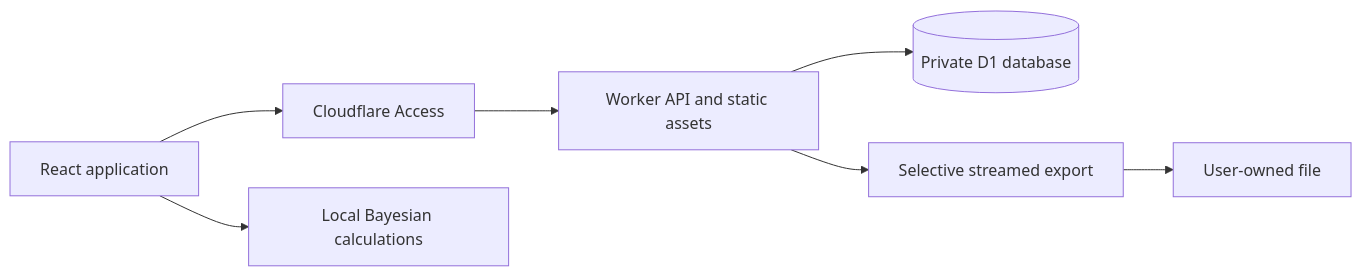
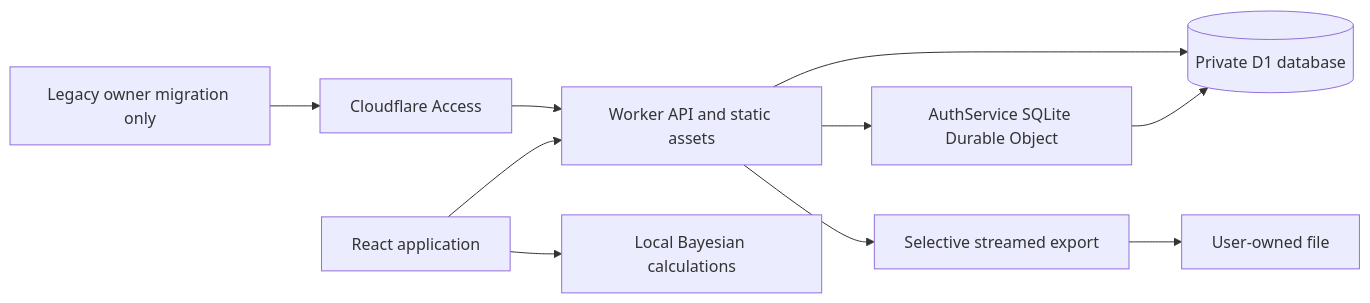
Before and after one commit to BloedeBleidd/Tedd-mhen: the diagram in docs/ARCHITECTURE.md, drawn with Mermaid. The commit also changed other lines of this file and 43 other files, not shown here.

````diff
--- a/docs/ARCHITECTURE.md
+++ b/docs/ARCHITECTURE.md
@@ -3,9 +3,12 @@
 ```mermaid
 flowchart LR
-  Browser[React application] --> Access[Cloudflare Access]
-  Access --> Worker[Worker API and static assets]
+  Browser[React application] --> Worker[Worker API and static assets]
+  Worker --> Auth[AuthService SQLite Durable Object]
+  Auth --> D1
+  Owner[Legacy owner migration only] --> Access[Cloudflare Access]
+  Access --> Worker
   Worker --> D1[(Private D1 database)]
   Browser --> Model[Local Bayesian calculations]
   Worker --> Download[Selective streamed export]
   Download --> File[User-owned file]
 ```
````
